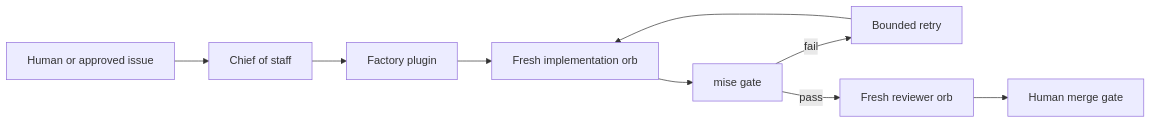
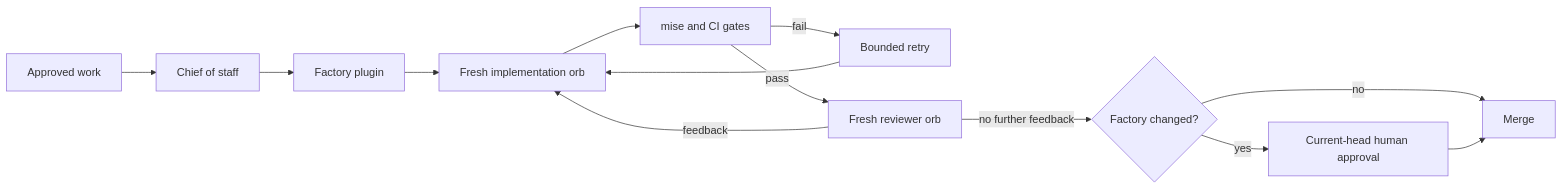
The first of 2 diagrams in docs/factory/readme.md (nateberkopec/mcp-deadmansnitch), drawn with Mermaid before and after one commit. The commit also changed other lines of this file and 20 other files, not shown here.

Commit message:
feat: require human approval for factory changes

````diff
--- a/docs/factory/readme.md
+++ b/docs/factory/readme.md
@@ -5,11 +7,15 @@
 ```mermaid
 flowchart LR
-    H[Human or approved issue] --> C[Chief of staff]
+    H[Approved work] --> C[Chief of staff]
     C --> P[Factory plugin]
     P --> A[Fresh implementation orb]
-    A --> G[mise gate]
+    A --> G[mise and CI gates]
     G -->|fail| R[Bounded retry]
     R --> A
     G -->|pass| V[Fresh reviewer orb]
-    V --> M[Human merge gate]
+    V -->|feedback| A
+    V -->|no further feedback| F{Factory changed?}
+    F -->|no| M[Merge]
+    F -->|yes| U[Current-head human approval]
+    U --> M
 ```
````
